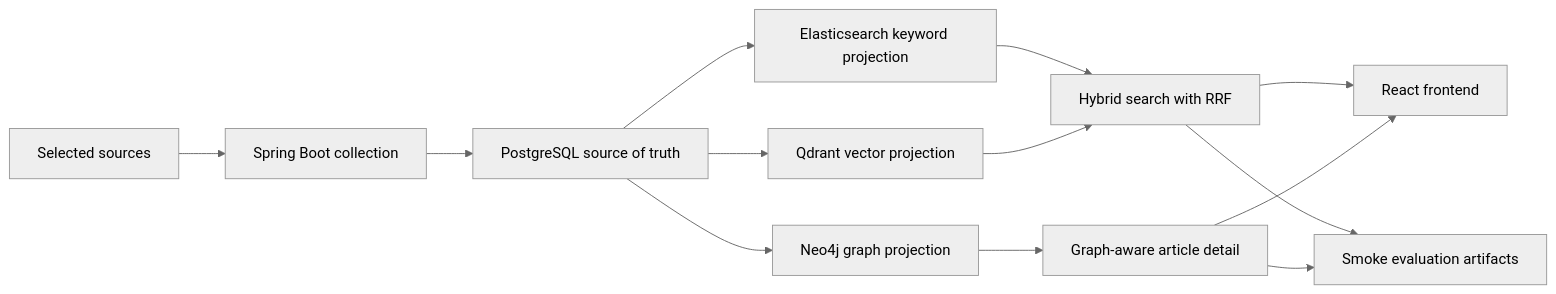
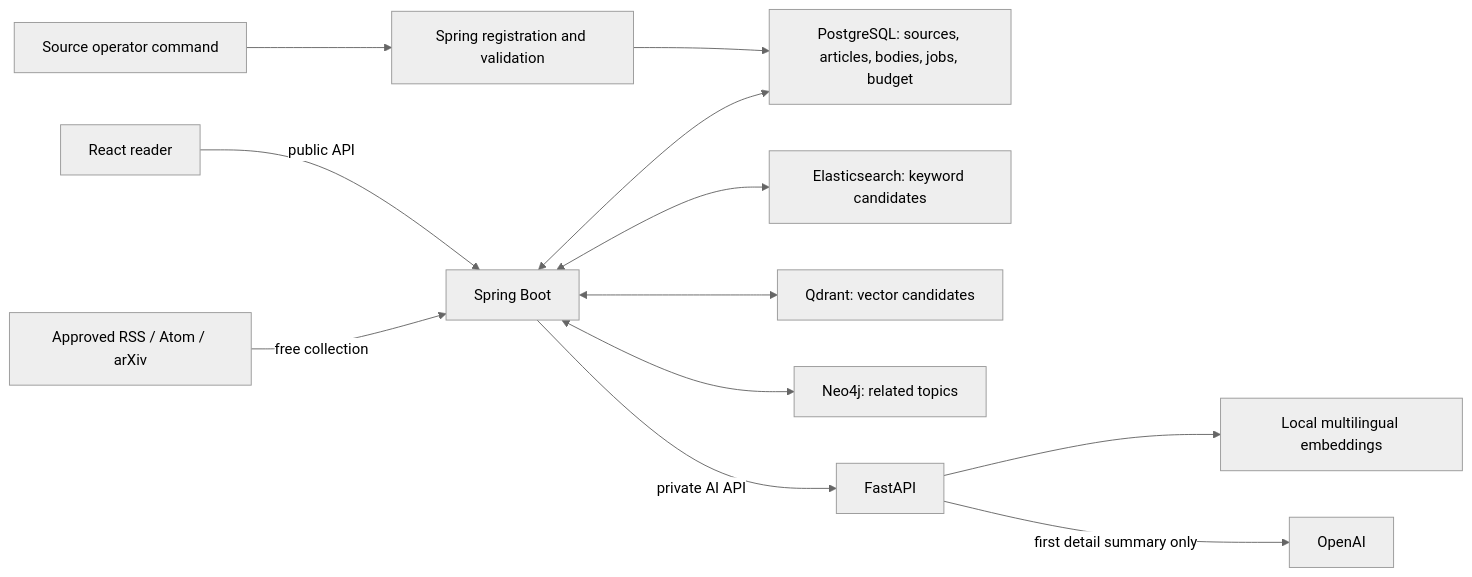
One commit to yh4752/sigak changed the diagram in README.ko.md. Above: the diagram before and after it, drawn with Mermaid (neutral theme). The commit also changed other lines of this file and 18 other files, not shown here.

Commit message:
docs: record source registry deployment and reading flow

````diff
--- a/README.ko.md
+++ b/README.ko.md
@@ -19,15 +30,14 @@
 ```mermaid
 flowchart LR
-    source["Selected sources"] --> backend["Spring Boot collection"]
-    backend --> postgres["PostgreSQL source of truth"]
-    postgres --> es["Elasticsearch keyword projection"]
-    postgres --> qdrant["Qdrant vector projection"]
-    postgres --> neo4j["Neo4j graph projection"]
-    es --> search["Hybrid search with RRF"]
-    qdrant --> search
-    neo4j --> detail["Graph-aware article detail"]
-    search --> frontend["React frontend"]
-    detail --> frontend
-    search --> experiments["Smoke evaluation artifacts"]
-    detail --> experiments
+    reader["React reader"] -->|"public API"| backend["Spring Boot"]
+    operator["Source operator command"] --> registry["Spring registration and validation"]
+    registry --> postgres["PostgreSQL: sources, articles, bodies, jobs, budget"]
+    sources["Approved RSS / Atom / arXiv"] -->|"free collection"| backend
+    backend <--> postgres
+    backend <--> es["Elasticsearch: keyword candidates"]
+    backend <--> qdrant["Qdrant: vector candidates"]
+    backend <--> neo4j["Neo4j: related topics"]
+    backend -->|"private AI API"| ai["FastAPI"]
+    ai --> embeddings["Local multilingual embeddings"]
+    ai -->|"first detail summary only"| openai["OpenAI"]
 ```
````
